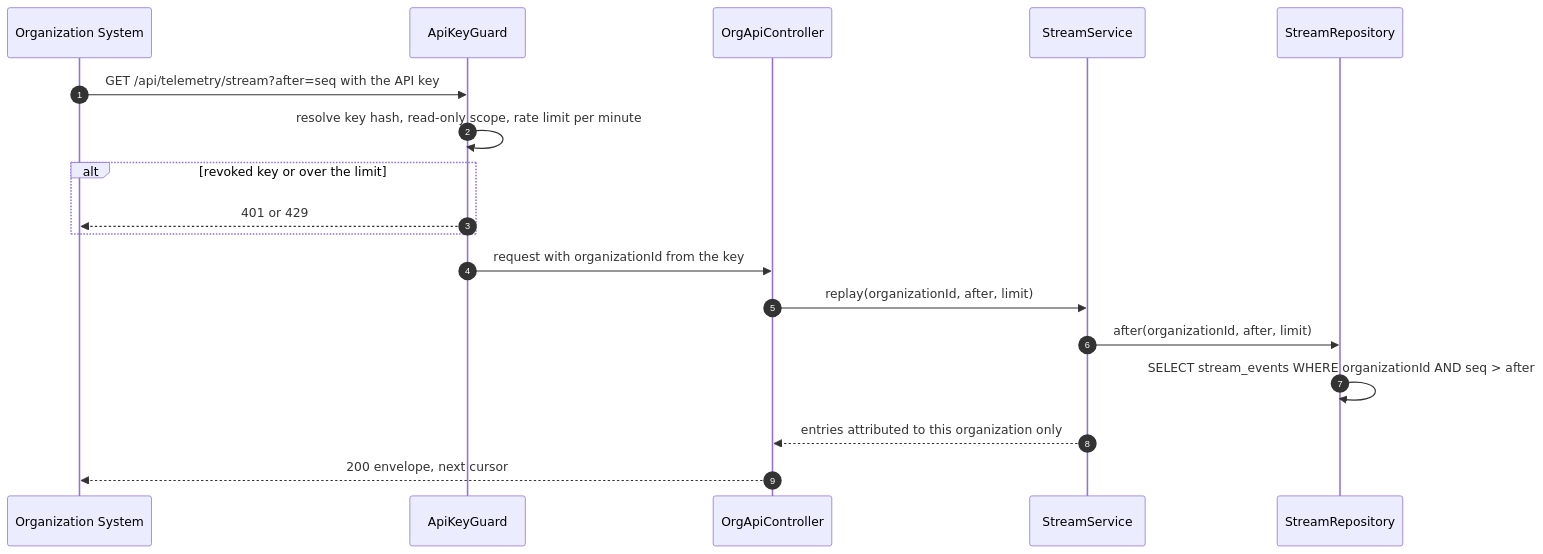
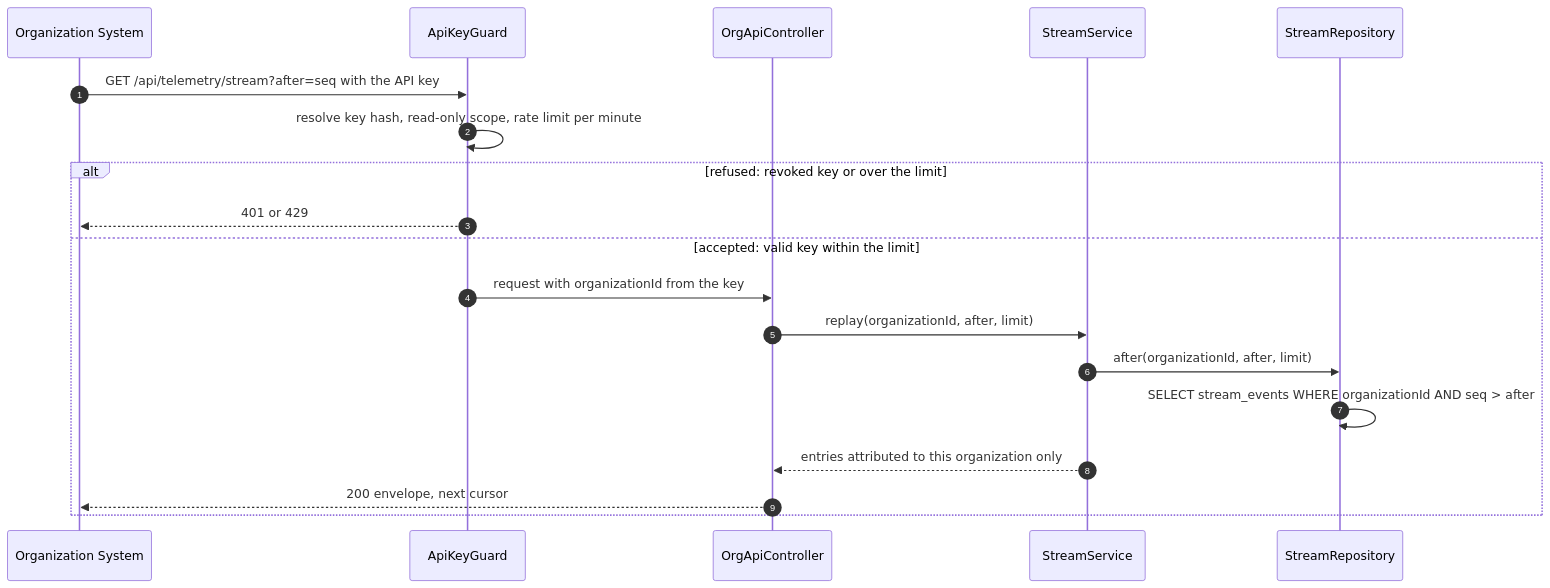
Before and after one commit to TrekLink-Team/treklink-web: the fifth of 7 diagrams in specs/monitoring/design.md, drawn with Mermaid. The commit also changed 39 other files, not shown here.

First line of the commit message:
docs: design periodic maintenance (D-047) and apply the SDD sequence conventions

````diff
--- a/specs/monitoring/design.md
+++ b/specs/monitoring/design.md
@@ -218,20 +218,21 @@
 ```mermaid
 sequenceDiagram
     autonumber
     participant X as Organization System
     participant Gd as ApiKeyGuard
     participant C as OrgApiController
     participant S as StreamService
     participant R as StreamRepository
     X->>Gd: GET /api/telemetry/stream?after=seq with the API key
     Gd->>Gd: resolve key hash, read-only scope, rate limit per minute
-    alt revoked key or over the limit
+    alt refused: revoked key or over the limit
         Gd-->>X: 401 or 429
+    else accepted: valid key within the limit
+        Gd->>C: request with organizationId from the key
+        C->>S: replay(organizationId, after, limit)
+        S->>R: after(organizationId, after, limit)
+        R->>R: SELECT stream_events WHERE organizationId AND seq > after
+        S-->>C: entries attributed to this organization only
+        C-->>X: 200 envelope, next cursor
     end
-    Gd->>C: request with organizationId from the key
-    C->>S: replay(organizationId, after, limit)
-    S->>R: after(organizationId, after, limit)
-    R->>R: SELECT stream_events WHERE organizationId AND seq > after
-    S-->>C: entries attributed to this organization only
-    C-->>X: 200 envelope, next cursor
 ```
````
